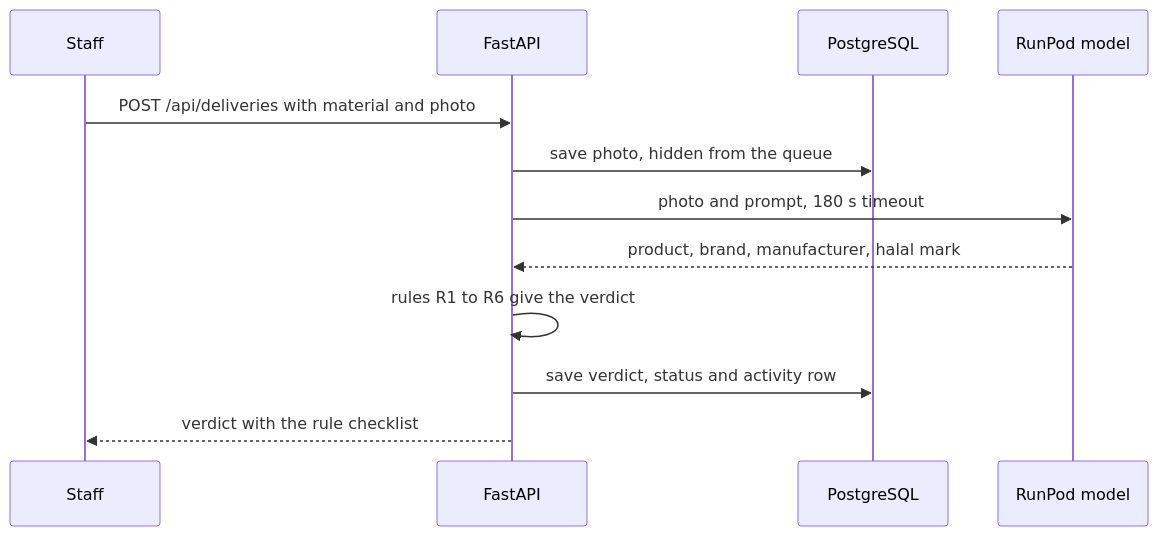
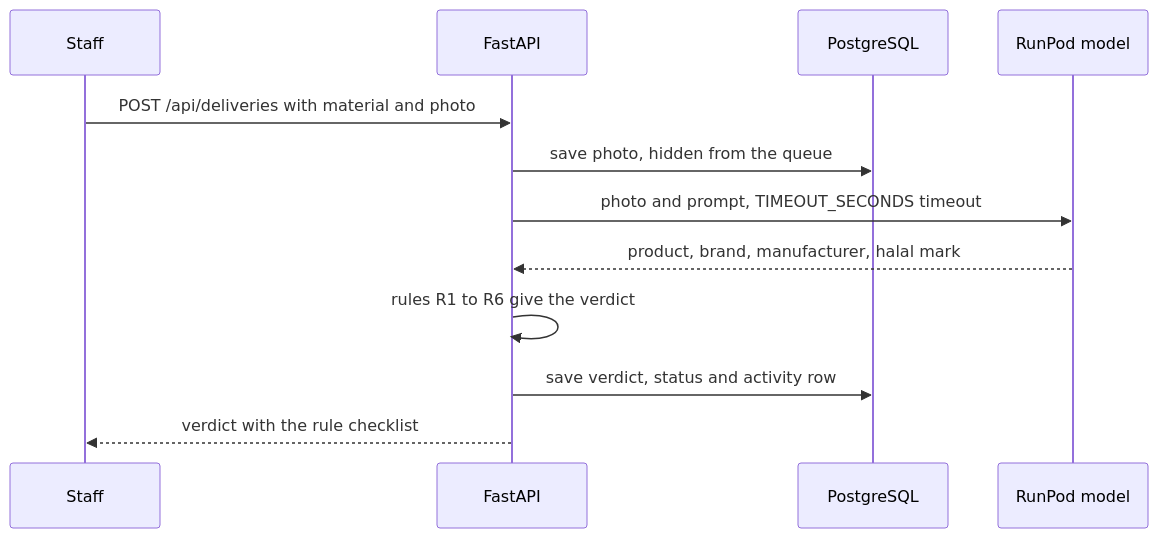
Before and after one commit to deettoh/halal-supplier-control: the second of 2 diagrams in docs/architecture.md, drawn with Mermaid. The commit also changed other lines of this file and 18 other files, not shown here.

````diff
--- a/docs/architecture.md
+++ b/docs/architecture.md
@@ -45,14 +45,14 @@
 ```mermaid
 sequenceDiagram
     participant S as Staff
     participant A as FastAPI
     participant D as PostgreSQL
     participant M as RunPod model
     S->>A: POST /api/deliveries with material and photo
     A->>D: save photo, hidden from the queue
-    A->>M: photo and prompt, 180 s timeout
+    A->>M: photo and prompt, TIMEOUT_SECONDS timeout
     M-->>A: product, brand, manufacturer, halal mark
     A->>A: rules R1 to R6 give the verdict
     A->>D: save verdict, status and activity row
     A-->>S: verdict with the rule checklist
 ```
````
